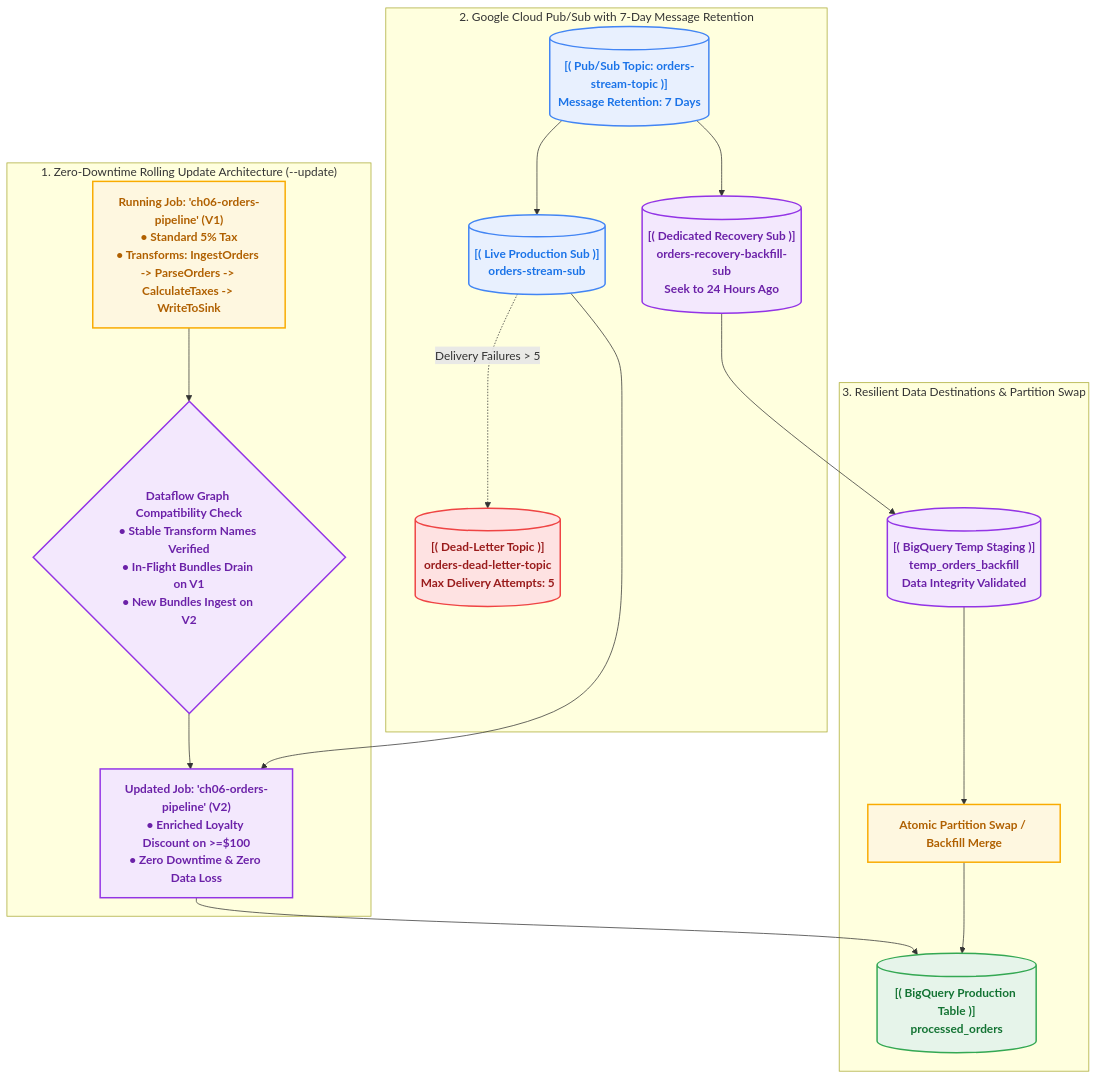
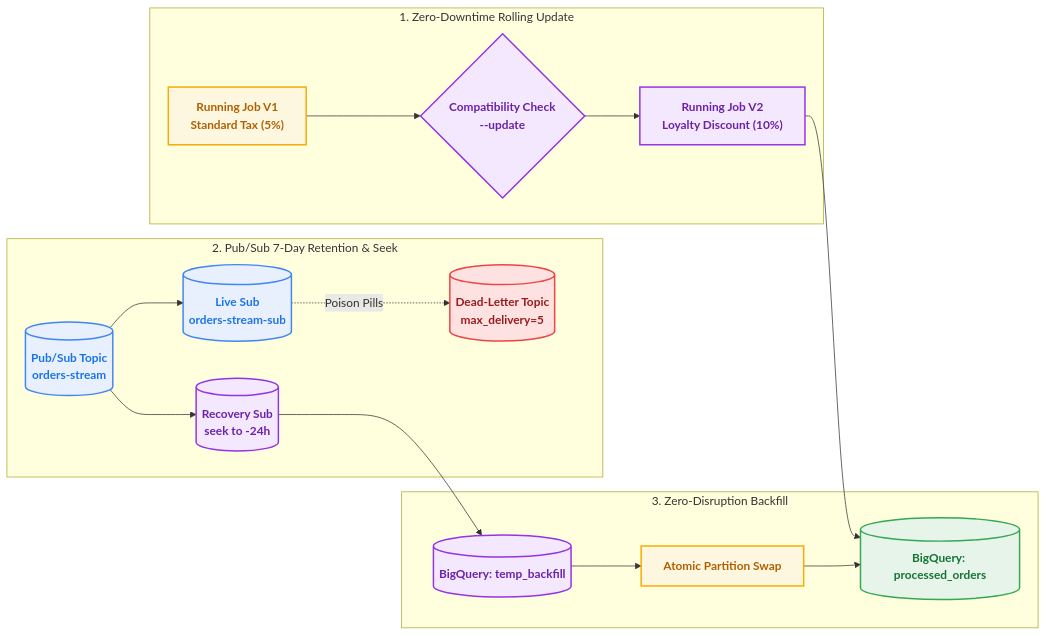
One commit to EilinLux/dataflow-workshops changed the diagram in 06_operations_replay_and_updates/README.md. Above: the diagram before and after it, drawn with Mermaid. The commit also changed 30 other files, not shown here.

Commit message:
docs: redraw and pack all mermaid diagrams into compact horizontal layouts

````diff
--- a/06_operations_replay_and_updates/README.md
+++ b/06_operations_replay_and_updates/README.md
@@ -29,41 +29,33 @@
 ```mermaid
-flowchart TD
+flowchart LR
     classDef pcoll fill:#e8f0fe,stroke:#4285f4,stroke-width:2px,color:#1a73e8,font-weight:bold;
     classDef ptrans fill:#fef7e0,stroke:#f9ab00,stroke-width:2px,color:#b06000,font-weight:bold;
     classDef sink fill:#e6f4ea,stroke:#34a853,stroke-width:2px,color:#137333,font-weight:bold;
     classDef update fill:#f3e8fd,stroke:#9334e6,stroke-width:2px,color:#6b21a8,font-weight:bold;
     classDef dlq fill:#fee2e2,stroke:#ef4444,stroke-width:2px,color:#991b1b,font-weight:bold;
 
-    subgraph RollingUpdate["1. Zero-Downtime Rolling Update Architecture (--update)"]
-        JOB_V1["Running Job: 'ch06-orders-pipeline' (V1)<br/>• Standard 5% Tax<br/>• Transforms: IngestOrders -> ParseOrders -> CalculateTaxes -> WriteToSink"]:::ptrans
-        DATAFLOW_VALIDATOR{"Dataflow Graph Compatibility Check<br/>• Stable Transform Names Verified<br/>• In-Flight Bundles Drain on V1<br/>• New Bundles Ingest on V2"}:::update
-        JOB_V2["Updated Job: 'ch06-orders-pipeline' (V2)<br/>• Enriched Loyalty Discount on &gt;=$100<br/>• Zero Downtime & Zero Data Loss"]:::update
+    subgraph RollingUpdate["1. Zero-Downtime Rolling Update"]
+        JOB_V1["Running Job V1<br/>Standard Tax (5%)"]:::ptrans
+        CHECK{"Compatibility Check<br/>--update"}:::update
+        JOB_V2["Running Job V2<br/>Loyalty Discount (10%)"]:::update
+        JOB_V1 --> CHECK --> JOB_V2
     end
 
-    subgraph PubSubStorage["2. Google Cloud Pub/Sub with 7-Day Message Retention"]
-        TOPIC[("[( Pub/Sub Topic: orders-stream-topic )]<br/>Message Retention: 7 Days")]:::pcoll
-        PROD_SUB[("[( Live Production Sub )]<br/>orders-stream-sub")]:::pcoll
-        RECOV_SUB[("[( Dedicated Recovery Sub )]<br/>orders-recovery-backfill-sub<br/>Seek to 24 Hours Ago")]:::update
-        DLQ_TOPIC[("[( Dead-Letter Topic )]<br/>orders-dead-letter-topic<br/>Max Delivery Attempts: 5")]:::dlq
+    subgraph PubSub["2. Pub/Sub 7-Day Retention & Seek"]
+        TOPIC[("Pub/Sub Topic<br/>orders-stream")]:::pcoll
+        PROD_SUB[("Live Sub<br/>orders-stream-sub")]:::pcoll
+        RECOV_SUB[("Recovery Sub<br/>seek to -24h")]:::update
+        DLQ[("Dead-Letter Topic<br/>max_delivery=5")]:::dlq
+        TOPIC --> PROD_SUB
+        TOPIC --> RECOV_SUB
+        PROD_SUB -. "Poison Pills" .-> DLQ
     end
 
-    subgraph DataDestinations["3. Resilient Data Destinations & Partition Swap"]
-        PROD_BQ[("[( BigQuery Production Table )]<br/>processed_orders")]:::sink
-        TEMP_BQ[("[( BigQuery Temp Staging )]<br/>temp_orders_backfill<br/>Data Integrity Validated")]:::update
-        SWAP_PROCESS["Atomic Partition Swap / Backfill Merge"]:::ptrans
+    subgraph Sinks["3. Zero-Disruption Backfill"]
+        PROD_BQ[("BigQuery: processed_orders")]:::sink
+        TEMP_BQ[("BigQuery: temp_backfill")]:::update
+        SWAP["Atomic Partition Swap"]:::ptrans
+        JOB_V2 --> PROD_BQ
+        RECOV_SUB --> TEMP_BQ --> SWAP --> PROD_BQ
     end
-
-    JOB_V1 --> DATAFLOW_VALIDATOR
-    DATAFLOW_VALIDATOR --> JOB_V2
-
-    TOPIC --> PROD_SUB
-    TOPIC --> RECOV_SUB
-    PROD_SUB -. "Delivery Failures > 5" .-> DLQ_TOPIC
-
-    PROD_SUB --> JOB_V2
-    JOB_V2 --> PROD_BQ
-
-    RECOV_SUB --> TEMP_BQ
-    TEMP_BQ --> SWAP_PROCESS
-    SWAP_PROCESS --> PROD_BQ
 ```
````
